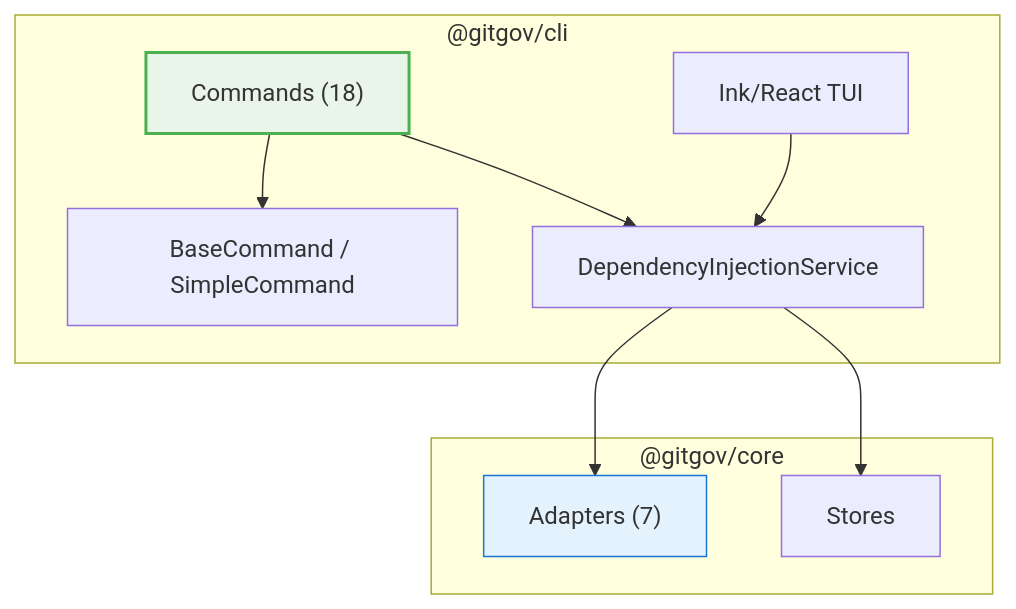
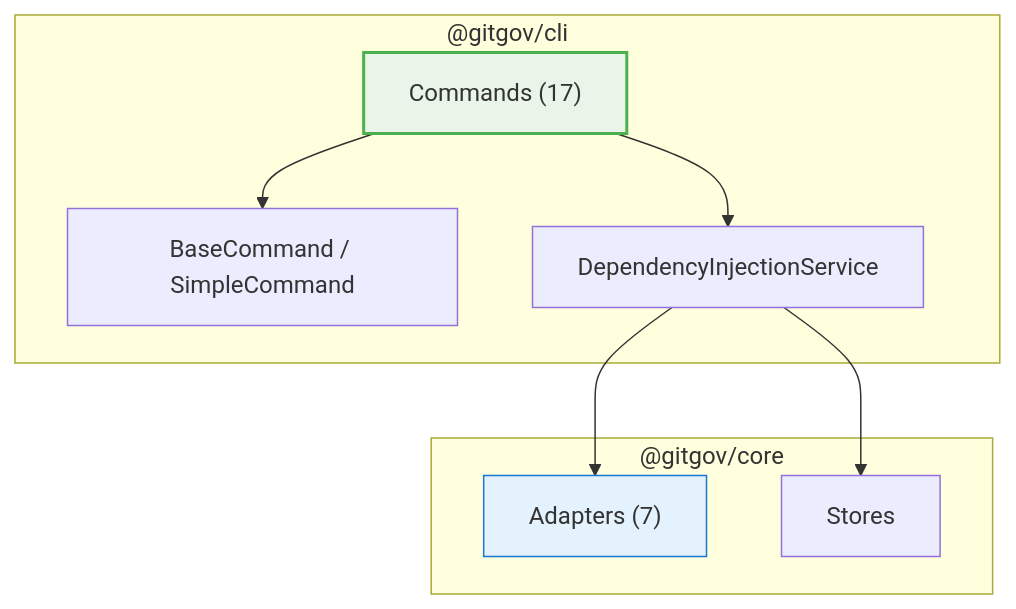
One commit to gitgovernance/monorepo changed the diagram in packages/cli/README.md. Above: the diagram before and after it, drawn with Mermaid. The commit also changed other lines of this file and 13 other files, not shown here.

````diff
--- a/packages/cli/README.md
+++ b/packages/cli/README.md
@@ -146,24 +142,22 @@
 ```mermaid
 graph TD
     subgraph "@gitgov/cli"
-        Commands["Commands (18)"]
+        Commands["Commands (17)"]
         Base["BaseCommand / SimpleCommand"]
         DI["DependencyInjectionService"]
-        TUI["Ink/React TUI"]
 
         Commands --> Base
         Commands --> DI
-        TUI --> DI
     end
 
     subgraph "@gitgov/core"
         Adapters["Adapters (7)"]
         Stores["Stores"]
     end
 
     DI --> Adapters
     DI --> Stores
 
     style Commands fill:#e8f5e8,stroke:#4caf50,stroke-width:2px
     style Adapters fill:#e3f2fd,stroke:#1976d2
 ```
````
